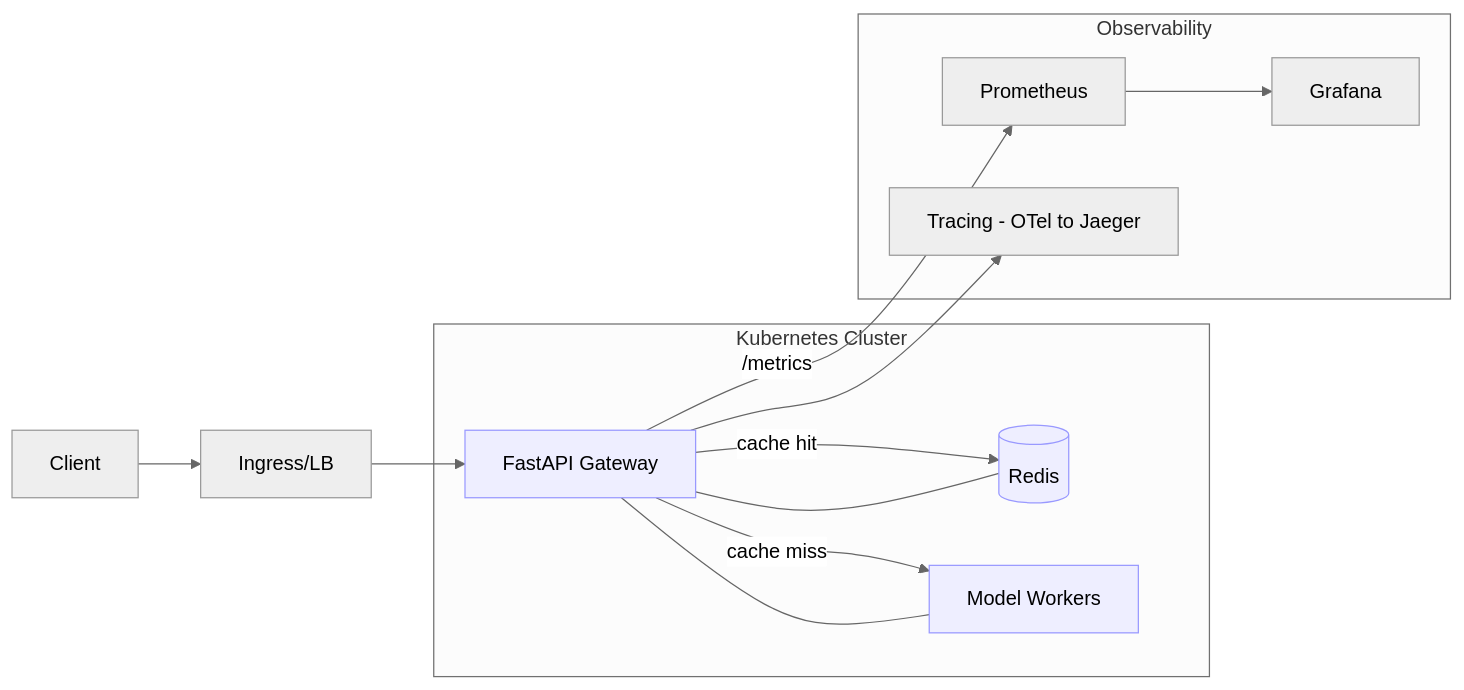
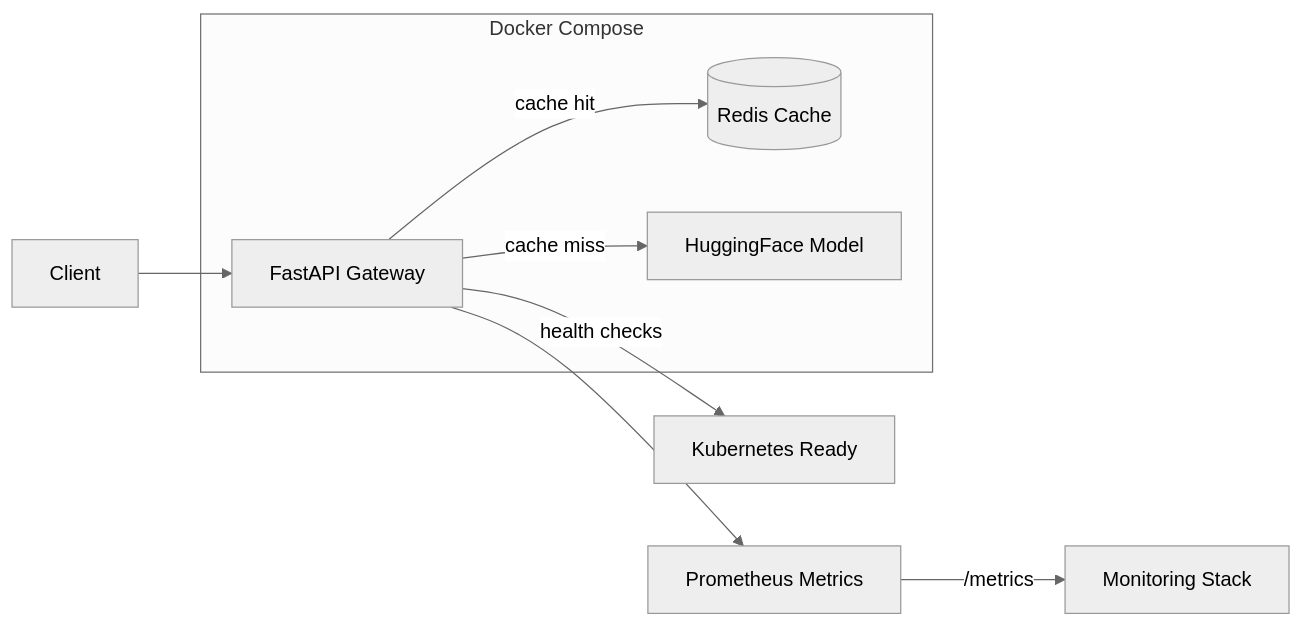
The diagram in README.md (BugVanquisher/Hyperion), drawn with Mermaid (neutral theme) before and after one commit. The commit also changed other lines of this file, not shown here.

````diff
--- a/README.md
+++ b/README.md
@@ -16,19 +18,16 @@
 ```mermaid
 flowchart LR
-    C[Client] --> I[Ingress/LB]
-    I --> A[FastAPI Gateway]
-    A -->|cache hit| R[(Redis)]
-    A -->|cache miss| W1[Model Workers]
-    subgraph Kubernetes Cluster
-      A --- R
-      A --- W1
-      classDef k8s fill:#eef,stroke:#99f,stroke-width:1px;
-      class A,R,W1 k8s;
+    C[Client] --> A[FastAPI Gateway]
+    A -->|cache hit| R[(Redis Cache)]
+    A -->|cache miss| M[HuggingFace Model]
+    A --> P[Prometheus Metrics]
+    
+    subgraph Docker Compose
+      A
+      R
+      M
     end
-    subgraph Observability
-      P[Prometheus] --> G[Grafana]
-      T[Tracing - OTel to Jaeger]
-    end
-    A -->|/metrics| P
-    A --> T
+    
+    A -->|health checks| K8s[Kubernetes Ready]
+    P -->|/metrics| MON[Monitoring Stack]
 ```
````
